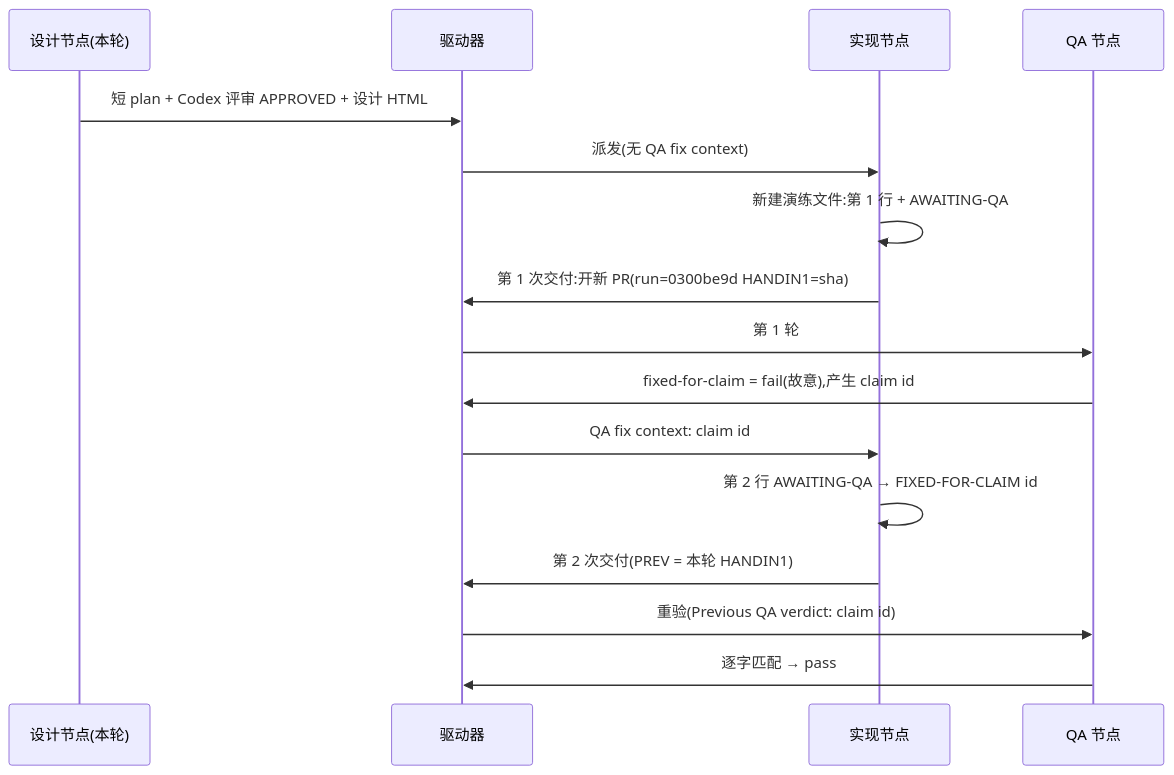
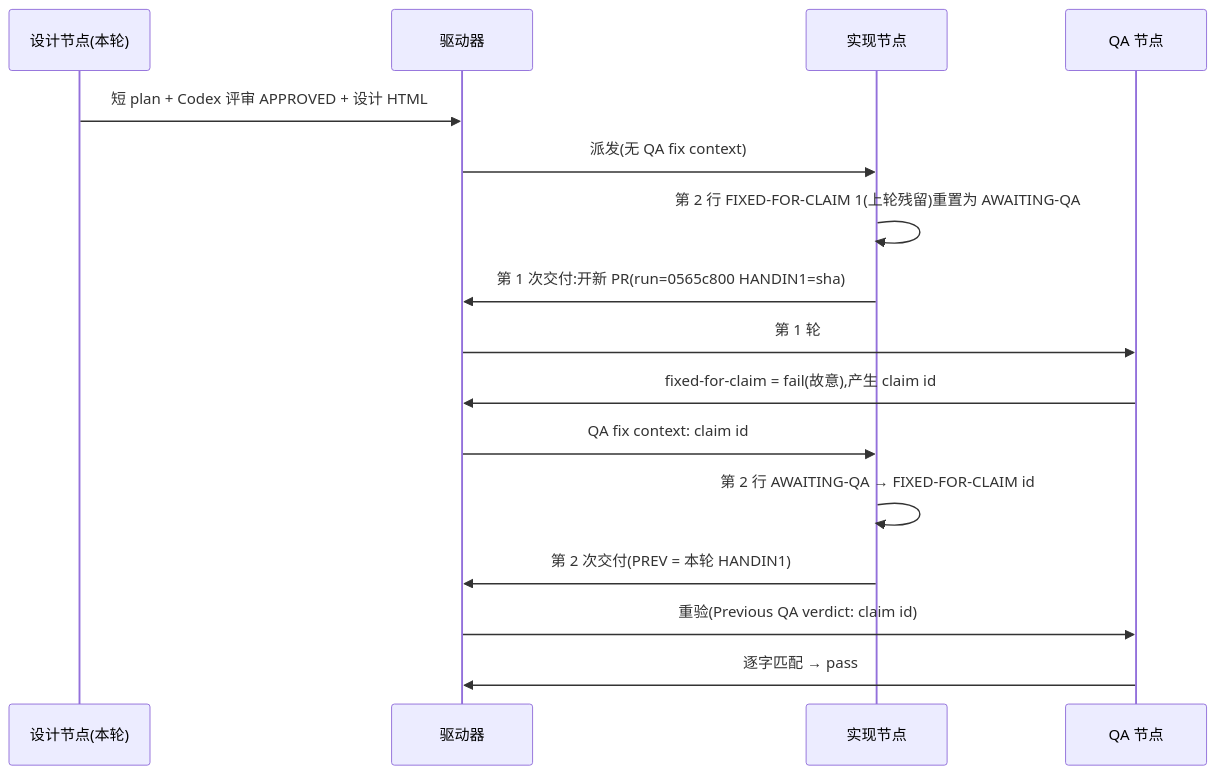
The diagram in engineering/doc/FLY-3224-real-runner-drill/d1-core-flow.mmd (xrliAnnie/flywheel-qa-sandbox), drawn with Mermaid before and after one commit. The commit also changed 4 other files, not shown here.

```diff
--- a/engineering/doc/FLY-3224-real-runner-drill/d1-core-flow.mmd
+++ b/engineering/doc/FLY-3224-real-runner-drill/d1-core-flow.mmd
@@ -1,16 +1,16 @@
 sequenceDiagram
     participant S as 设计节点(本轮)
     participant D as 驱动器
     participant I as 实现节点
     participant Q as QA 节点
     S->>D: 短 plan + Codex 评审 APPROVED + 设计 HTML
     D->>I: 派发(无 QA fix context)
-    I->>I: 新建演练文件:第 1 行 + AWAITING-QA
-    I->>D: 第 1 次交付:开新 PR(run=0300be9d HANDIN1=sha)
+    I->>I: 第 2 行 FIXED-FOR-CLAIM 1(上轮残留)重置为 AWAITING-QA
+    I->>D: 第 1 次交付:开新 PR(run=0565c800 HANDIN1=sha)
     D->>Q: 第 1 轮
     Q->>D: fixed-for-claim = fail(故意),产生 claim id
     D->>I: QA fix context: claim id
     I->>I: 第 2 行 AWAITING-QA → FIXED-FOR-CLAIM id
     I->>D: 第 2 次交付(PREV = 本轮 HANDIN1)
     D->>Q: 重验(Previous QA verdict: claim id)
     Q->>D: 逐字匹配 → pass
```
